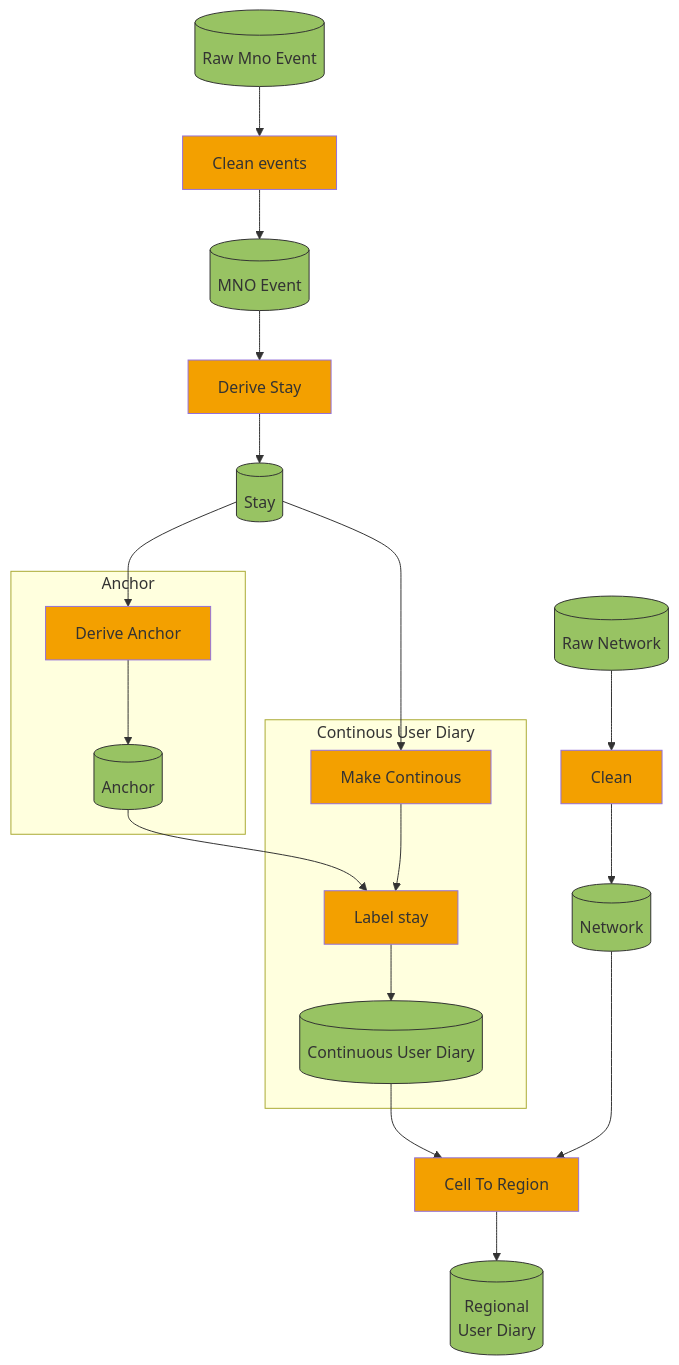
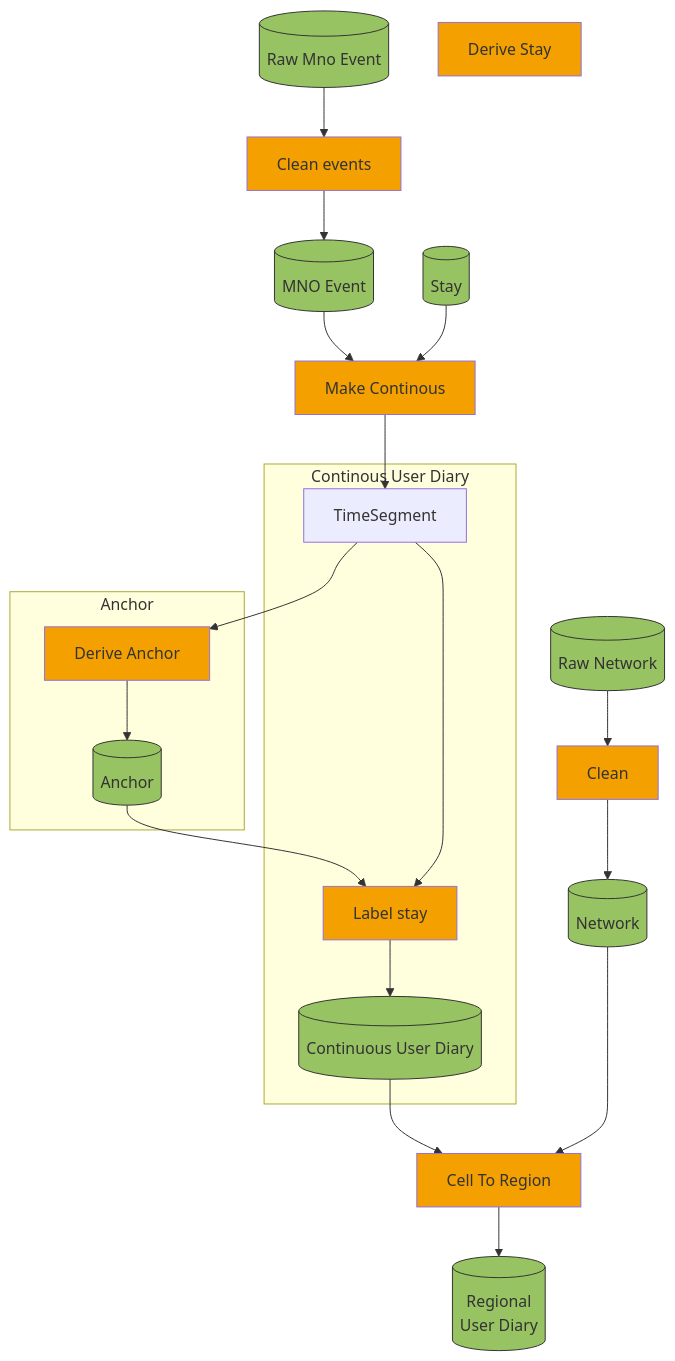
The diagram in overall.md (djvanderlaan/pipeline), drawn with Mermaid before and after one commit.

Commit message:
Overall rename

````diff
--- a/overall.md
+++ b/overall.md
@@ -26,55 +26,51 @@
 ```mermaid
 
 
 flowchart TD
 
 classDef data fill:#033d59,stroke-width:1px, color:#333333;
 classDef process fill:#f3a000,stroke-width:1px,color:#333333;
 classDef db fill:#98c363,stroke:#333333,color:#333333;
 
 RawEvent[("Raw Mno Event")]:::db
 Event[("MNO Event")]:::db
-
 Stay[("Stay")]:::db
-
 anchor_db[("Anchor")]:::db
 cud_db[("Continuous User Diary")]:::db
 
 derive_stay["Derive Stay"]:::process
 derive_achor["Derive Anchor"]:::process
 make_cont["Make Continous"]:::process
 label["Label stay"]:::process
-
-
 clean_up["Clean events"]:::process
 
 RawEvent --> clean_up --> Event
-Event --> derive_stay --> Stay
-Stay --> derive_achor
+Event --> make_cont --> TimeSegment
+TimeSegment --> derive_achor
 
 subgraph Anchor
 derive_achor --> anchor_db
 end
 
 anchor_db --> label
 
 Stay --> make_cont
 subgraph cud["Continous User Diary"]
-make_cont --> label
+TimeSegment --> label
 label --> cud_db
 end
 
 cells_to_region["Cell To Region"]:::process
 cud_db --> cells_to_region
 
 RawNetwork[("Raw Network")]:::db
 Network[("Network")]:::db 
 clean_network["Clean"]:::process
 
 RegionCud[("Regional \n User Diary")]:::db
 
 RawNetwork --> clean_network --> Network
 Network ---> cells_to_region
 cells_to_region --> RegionCud
 
 ```
````
